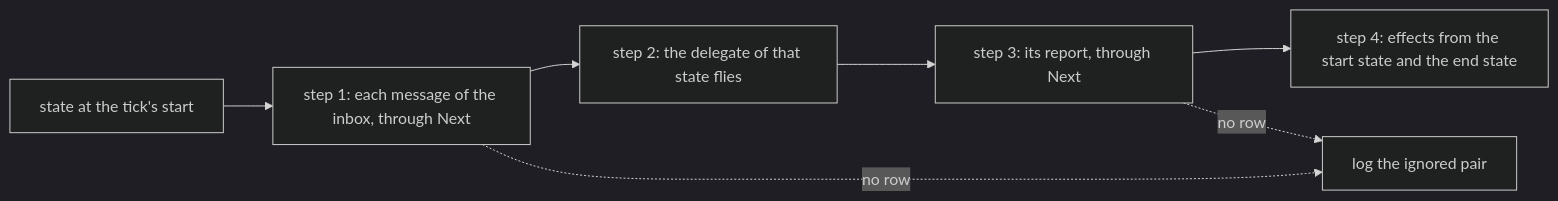
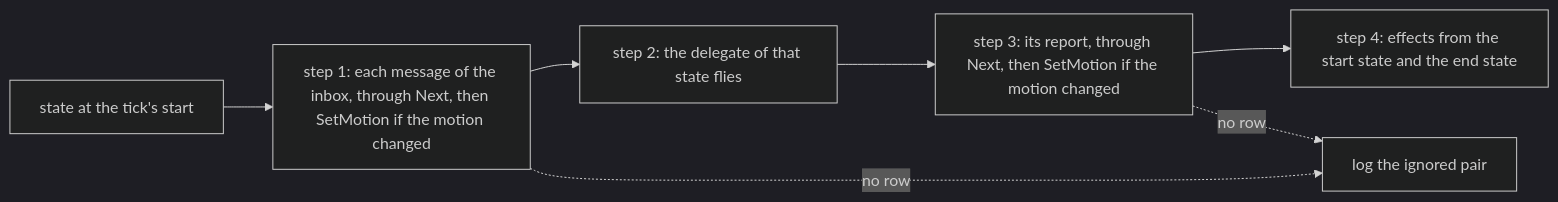
One commit to alexispurslane/tertius changed the first of 5 diagrams in docs/plans/live-world.md. Above: the diagram before and after it, drawn with Mermaid (dark theme). The commit also changed other lines of this file, not shown here.

````diff
--- a/docs/plans/live-world.md
+++ b/docs/plans/live-world.md
@@ -178,9 +180,9 @@
 ```mermaid
 flowchart LR
-    S[state at the tick's start] --> M[step 1: each message of the inbox, through Next]
+    S[state at the tick's start] --> M[step 1: each message of the inbox, through Next, then SetMotion if the motion changed]
     M --> D[step 2: the delegate of that state flies]
-    D --> R[step 3: its report, through Next]
+    D --> R[step 3: its report, through Next, then SetMotion if the motion changed]
     R --> E[step 4: effects from the start state and the end state]
     M -. no row .-> L[log the ignored pair]
     R -. no row .-> L
 ```
````
